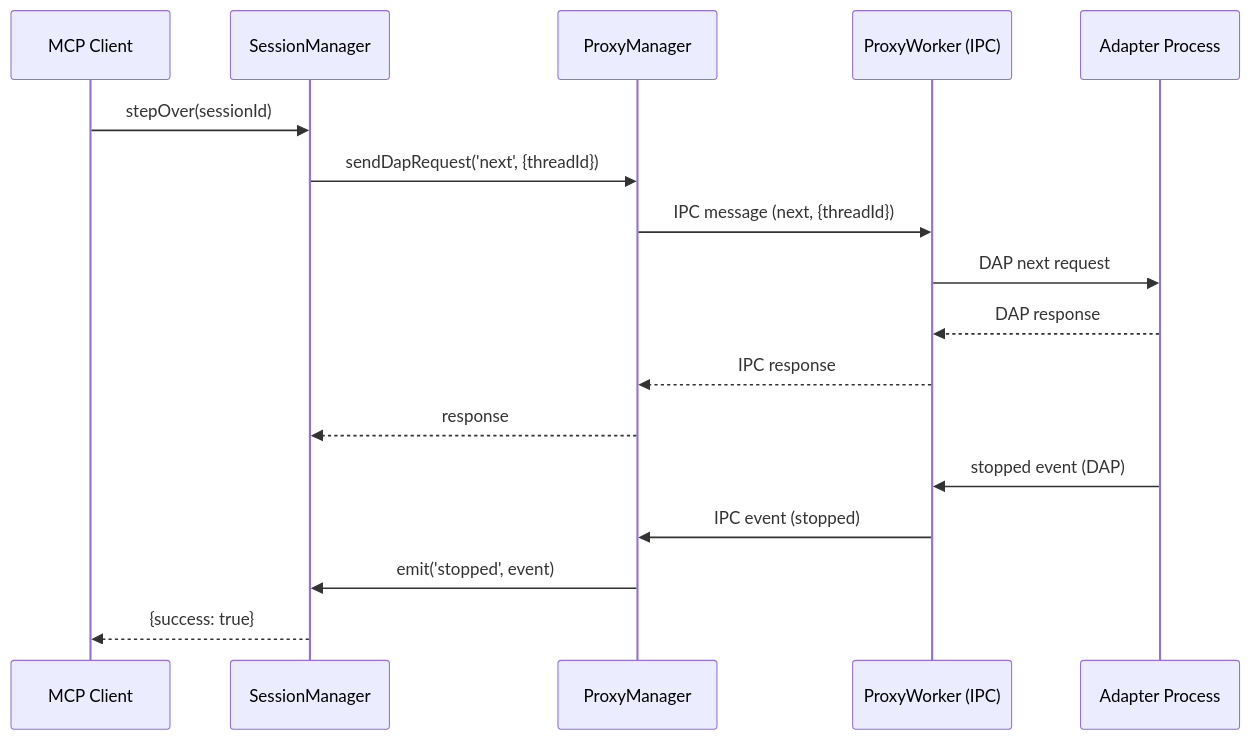
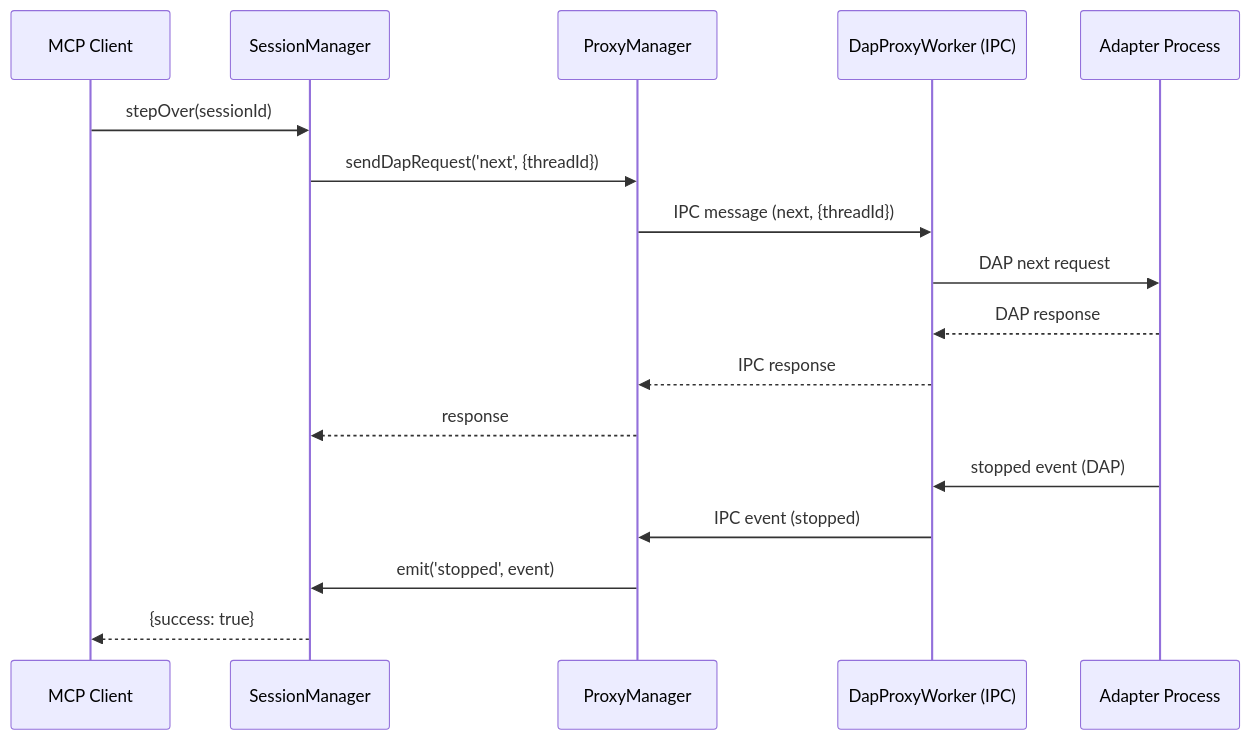
The fourth of 4 diagrams in docs/architecture/adapter-pattern-design.md (debugmcp/mcp-debugger), drawn with Mermaid before and after one commit. The commit also changed other lines of this file and 111 other files, not shown here.

````diff
--- a/docs/architecture/adapter-pattern-design.md
+++ b/docs/architecture/adapter-pattern-design.md
@@ -246,25 +249,25 @@
 ```mermaid
 sequenceDiagram
     participant C as MCP Client
     participant SM as SessionManager
     participant PM as ProxyManager
-    participant PW as ProxyWorker (IPC)
+    participant PW as DapProxyWorker (IPC)
     participant AP as Adapter Process
 
     C->>SM: stepOver(sessionId)
     SM->>PM: sendDapRequest('next', {threadId})
 
     PM->>PW: IPC message (next, {threadId})
     PW->>AP: DAP next request
 
     AP-->>PW: DAP response
     PW-->>PM: IPC response
 
     PM-->>SM: response
 
     AP->>PW: stopped event (DAP)
     PW->>PM: IPC event (stopped)
     PM->>SM: emit('stopped', event)
 
     SM-->>C: {success: true}
 ```
````
